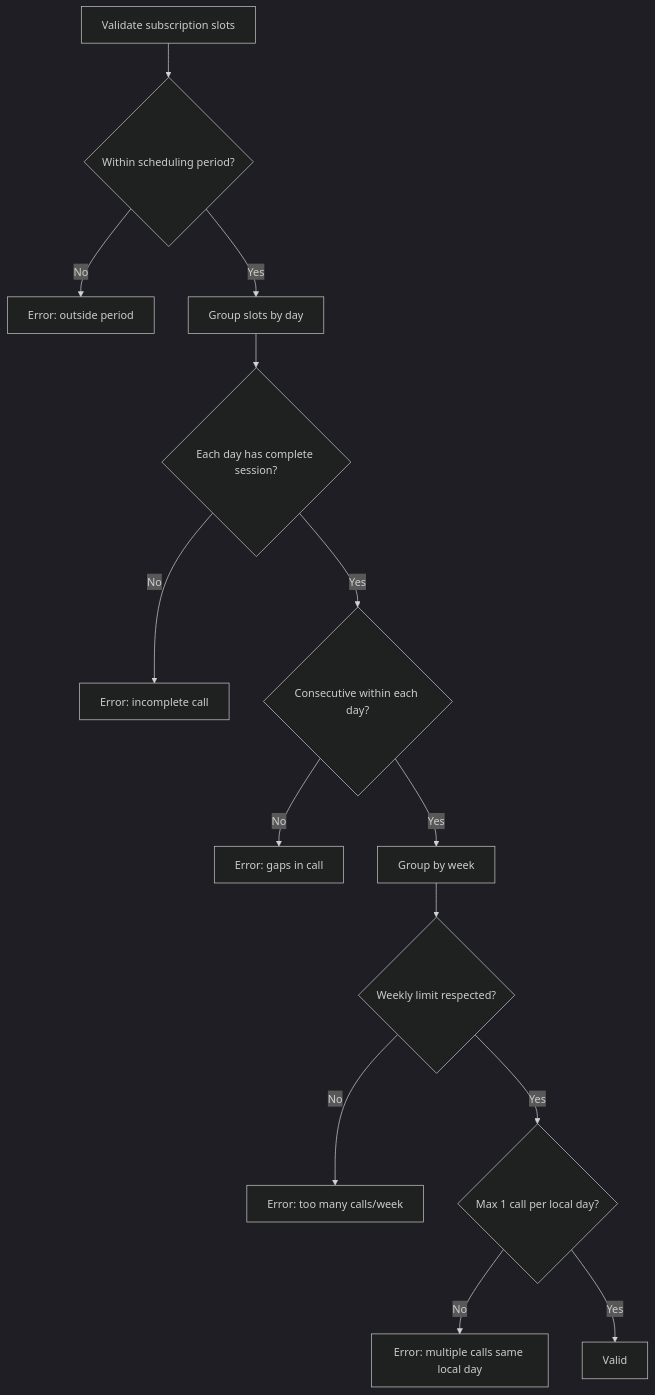
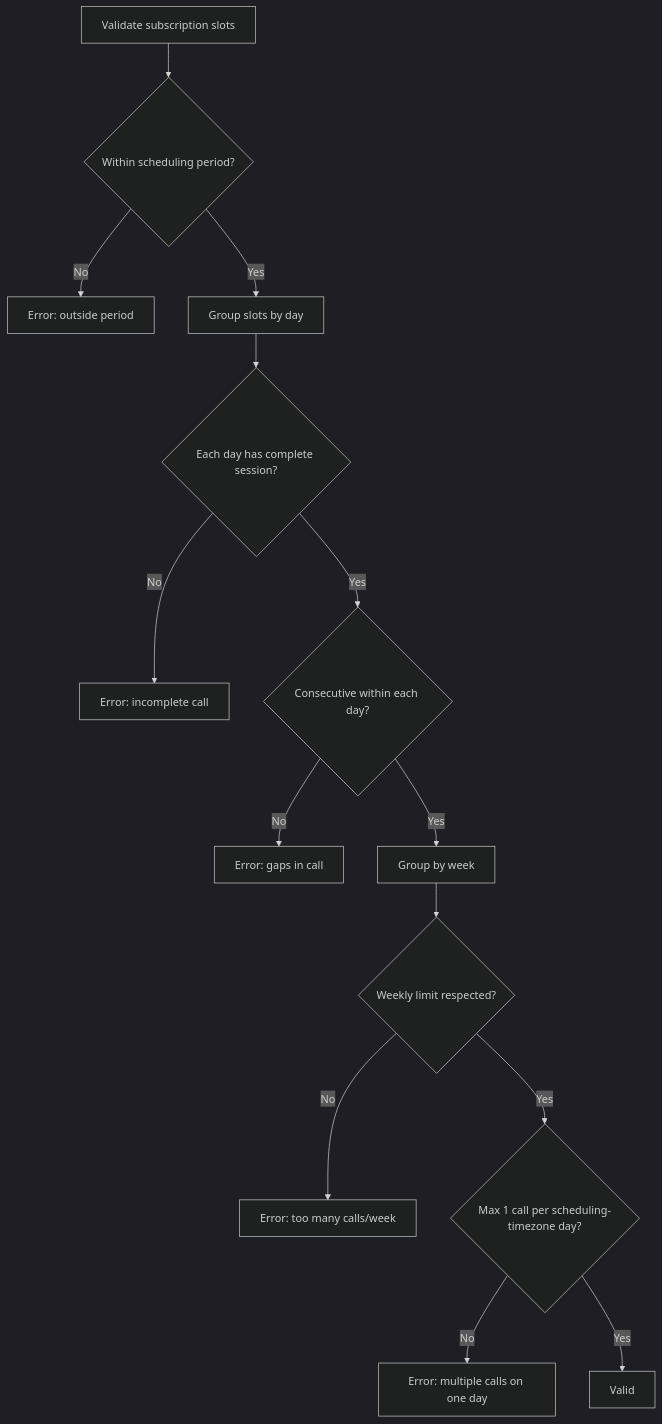
One commit to Practitionist/familiarise_web changed the second of 5 diagrams in docs/booking/02-event-types-and-validation.md. Above: the diagram before and after it, drawn with Mermaid (dark theme). The commit also changed other lines of this file and 32 other files, not shown here.

First line of the commit message:
fix(booking): scheduling-timezone limit buckets, guarded + idempotent allocation, requested-path parity

````diff
--- a/docs/booking/02-event-types-and-validation.md
+++ b/docs/booking/02-event-types-and-validation.md
@@ -67,16 +67,16 @@
 ```mermaid
 flowchart TD
     A[Validate subscription slots] --> B{Within scheduling period?}
     B -->|No| X1[Error: outside period]
     B -->|Yes| C[Group slots by day]
     C --> D{Each day has complete session?}
     D -->|No| X2[Error: incomplete call]
     D -->|Yes| E{Consecutive within each day?}
     E -->|No| X3[Error: gaps in call]
     E -->|Yes| F[Group by week]
     F --> G{Weekly limit respected?}
     G -->|No| X4[Error: too many calls/week]
-    G -->|Yes| H{Max 1 call per local day?}
-    H -->|No| X5[Error: multiple calls same local day]
+    G -->|Yes| H{Max 1 call per scheduling-timezone day?}
+    H -->|No| X5[Error: multiple calls on one day]
     H -->|Yes| I[Valid]
 ```
````
